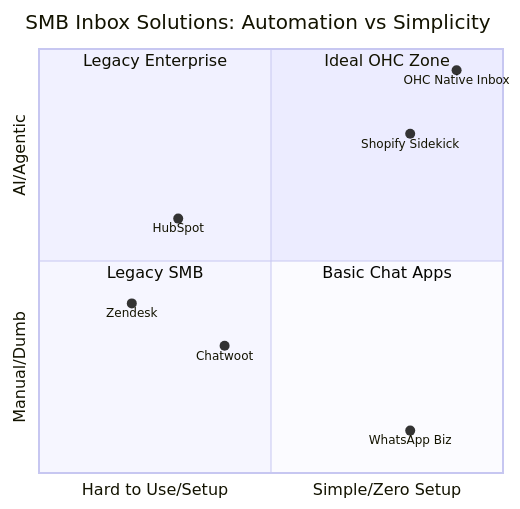
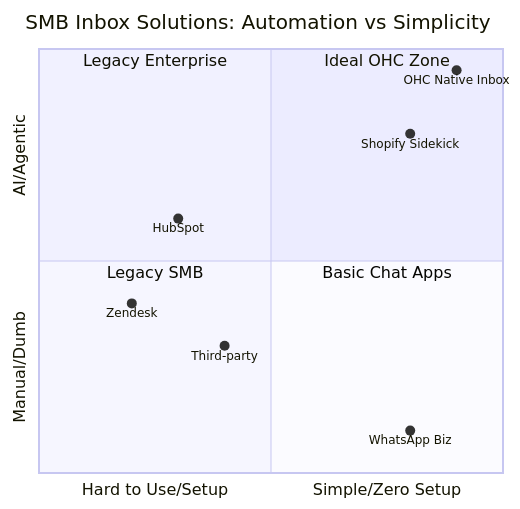
Before and after one commit to omnisolo-llc/onehumancorp: the diagram in .agent-task/report/task_output.md, drawn with Mermaid. The commit also changed other lines of this file, not shown here.

````diff
--- a/.agent-task/report/task_output.md
+++ b/.agent-task/report/task_output.md
@@ -31,16 +31,16 @@
   ```mermaid
   quadrantChart
       title SMB Inbox Solutions: Automation vs Simplicity
       x-axis "Hard to Use/Setup" --> "Simple/Zero Setup"
       y-axis "Manual/Dumb" --> "AI/Agentic"
       quadrant-1 "Ideal OHC Zone"
       quadrant-2 "Legacy Enterprise"
       quadrant-3 "Legacy SMB"
       quadrant-4 "Basic Chat Apps"
       "Zendesk": [0.2, 0.4]
       "HubSpot": [0.3, 0.6]
-      "Chatwoot": [0.4, 0.3]
+      "Third-party": [0.4, 0.3]
       "WhatsApp Biz": [0.8, 0.1]
       "Shopify Sidekick": [0.8, 0.8]
       "OHC Native Inbox": [0.9, 0.95]
   ```
````
